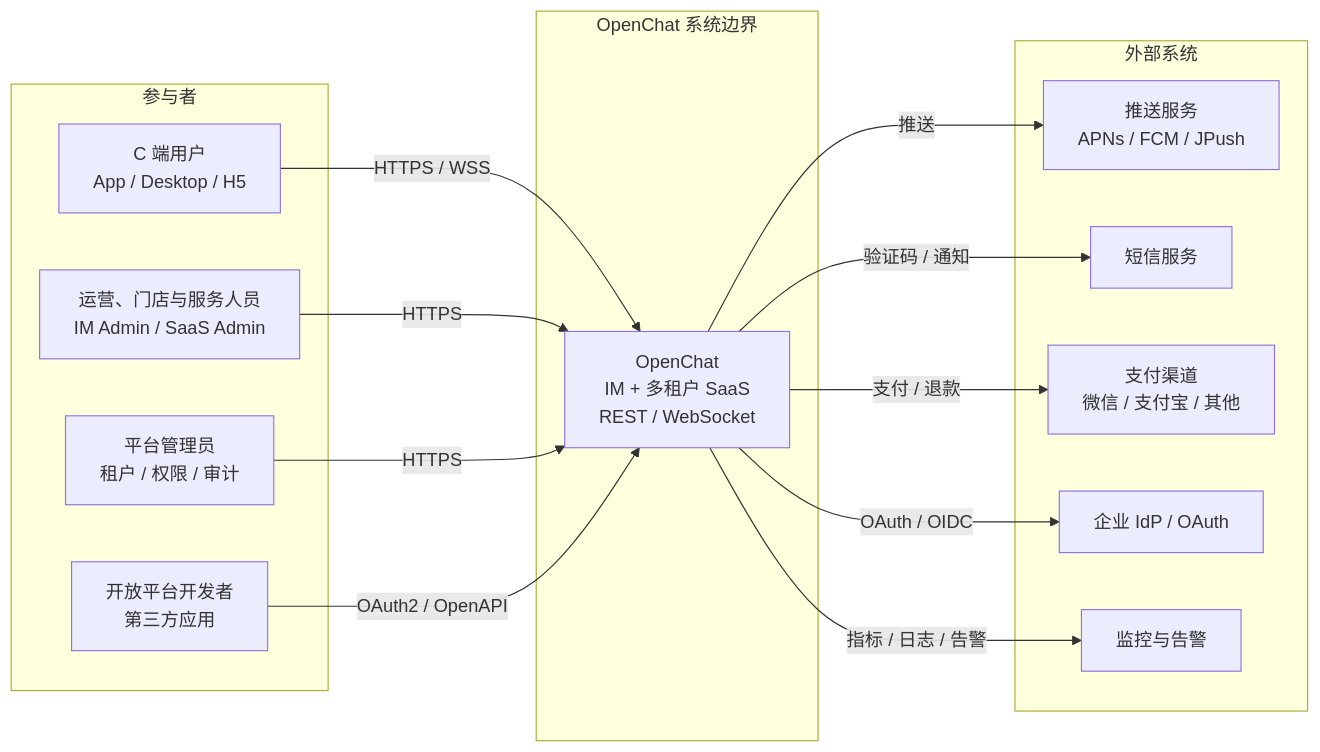
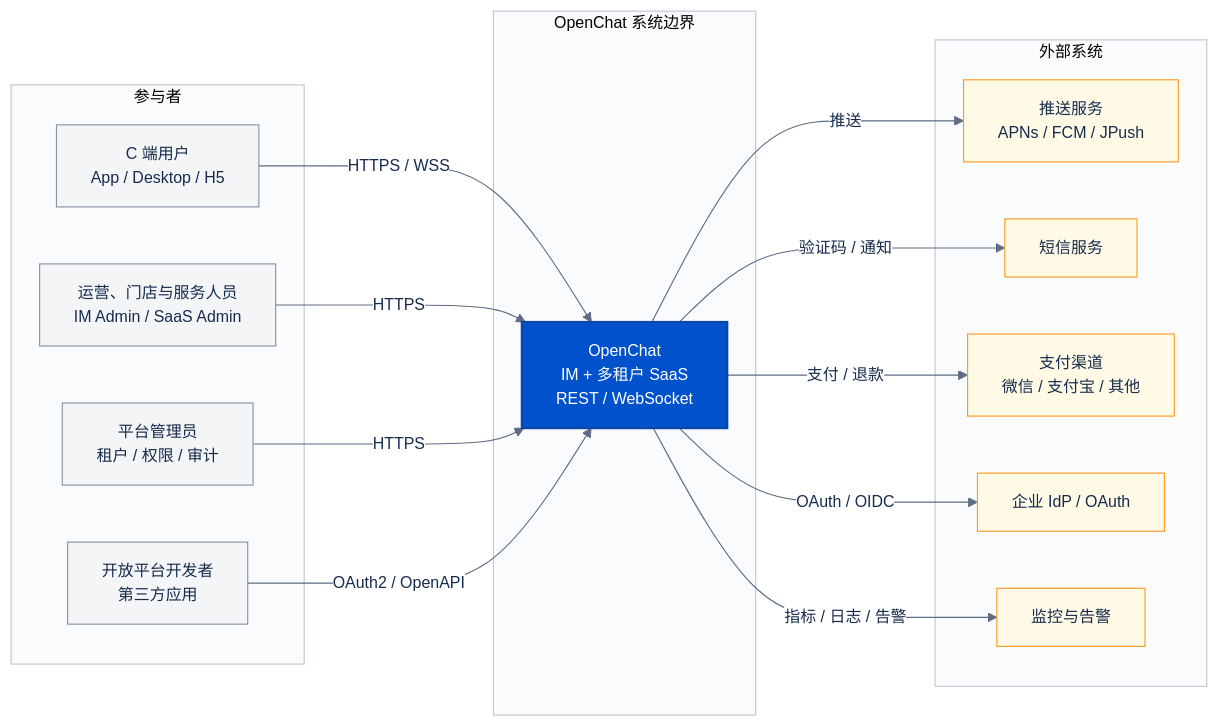
The diagram in docs/20-architecture/diagrams/01-system-context.md (openware-io/open-im-server), drawn with Mermaid before and after one commit. The commit also changed 17 other files, not shown here.

First line of the commit message:
docs(architecture): restyle the eight core diagrams with a shared visual language

````diff
--- a/docs/20-architecture/diagrams/01-system-context.md
+++ b/docs/20-architecture/diagrams/01-system-context.md
@@ -9,32 +9,39 @@
 ```mermaid
+%%{init: {"theme":"base","themeVariables":{"fontSize":"14px","primaryColor":"#E8F0FE","primaryTextColor":"#172B4D","primaryBorderColor":"#2563EB","lineColor":"#5E6C84","clusterBkg":"#FAFBFC","clusterBorder":"#C1C7D0","edgeLabelBackground":"#FFFFFF"}}}%%
 flowchart LR
   subgraph Actors["参与者"]
     C["C 端用户<br/>App / Desktop / H5"]
     O["运营、门店与服务人员<br/>IM Admin / SaaS Admin"]
     A["平台管理员<br/>租户 / 权限 / 审计"]
     D["开放平台开发者<br/>第三方应用"]
   end
 
   subgraph OpenChat["OpenChat 系统边界"]
     PLATFORM["OpenChat<br/>IM + 多租户 SaaS<br/>REST / WebSocket"]
   end
 
   subgraph External["外部系统"]
     PUSH["推送服务<br/>APNs / FCM / JPush"]
     SMS["短信服务"]
     PAY["支付渠道<br/>微信 / 支付宝 / 其他"]
     IDP["企业 IdP / OAuth"]
     OBS["监控与告警"]
   end
 
   C -->|"HTTPS / WSS"| PLATFORM
   O -->|"HTTPS"| PLATFORM
   A -->|"HTTPS"| PLATFORM
   D -->|"OAuth2 / OpenAPI"| PLATFORM
 
   PLATFORM -->|"推送"| PUSH
   PLATFORM -->|"验证码 / 通知"| SMS
   PLATFORM -->|"支付 / 退款"| PAY
   PLATFORM -->|"OAuth / OIDC"| IDP
   PLATFORM -->|"指标 / 日志 / 告警"| OBS
+  classDef actor fill:#F4F5F7,stroke:#8993A4,color:#172B4D
+  classDef system fill:#0052CC,stroke:#0747A6,color:#FFFFFF,stroke-width:2px
+  classDef external fill:#FFFAE6,stroke:#FF991F,color:#172B4D
+  class C,O,A,D actor
+  class PLATFORM system
+  class PUSH,SMS,PAY,IDP,OBS external
 ```
````
